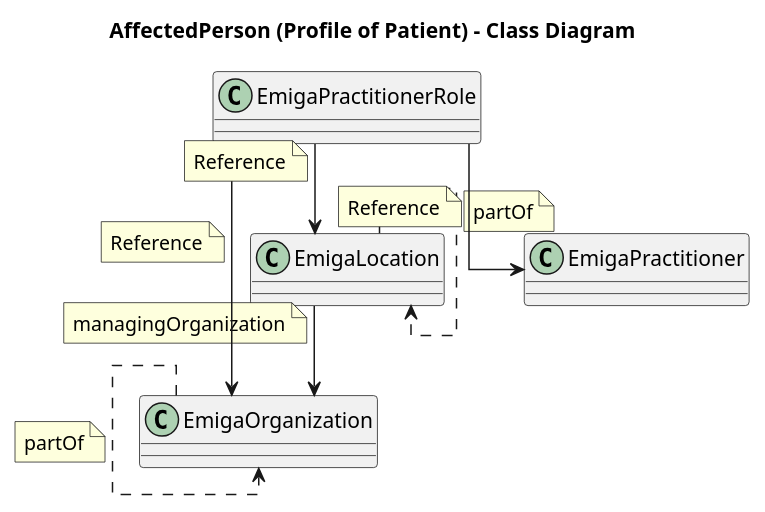
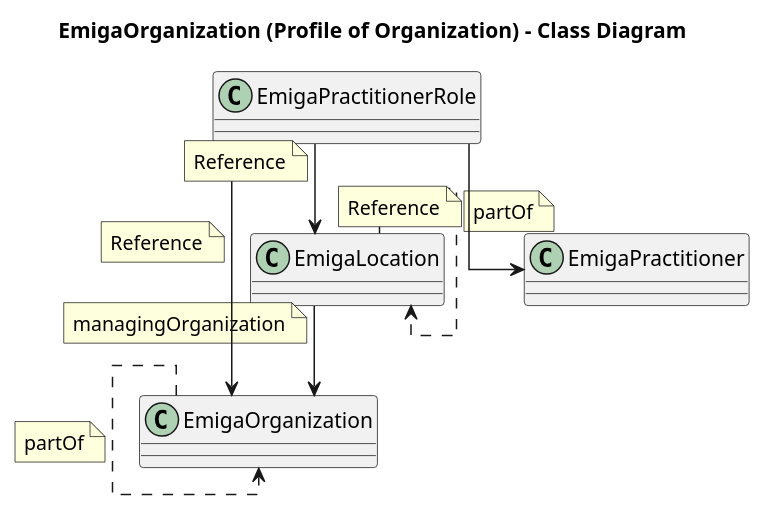
Before and after one commit to robert-koch-institut/rki.emiga.vzd: the diagram in rki.emiga.vzd/PlantUML/OrganizationOrg.puml, drawn with PlantUML.

```diff
--- a/rki.emiga.vzd/PlantUML/OrganizationOrg.puml
+++ b/rki.emiga.vzd/PlantUML/OrganizationOrg.puml
@@ -1,37 +1,37 @@
 @startuml
 skinparam linetype ortho
 
-title AffectedPerson (Profile of Patient) - Class Diagram
+title EmigaOrganization (Profile of Organization) - Class Diagram
 
 class EmigaOrganization{
 }
 
 class EmigaLocation{
 }
 
 class EmigaPractitioner{
 }
 
 class EmigaPractitionerRole{
 }
 
 EmigaOrganization ..> EmigaOrganization
 note on link: partOf
 
 EmigaLocation --> EmigaOrganization
 note on link: managingOrganization
 
 EmigaLocation ..> EmigaLocation
 note on link: partOf
 
 EmigaPractitionerRole --> EmigaPractitioner
 note on link: Reference
 
 EmigaPractitionerRole --> EmigaOrganization
 note on link: Reference
 
 EmigaPractitionerRole --> EmigaLocation
 note on link: Reference
 
 
 @enduml
```
